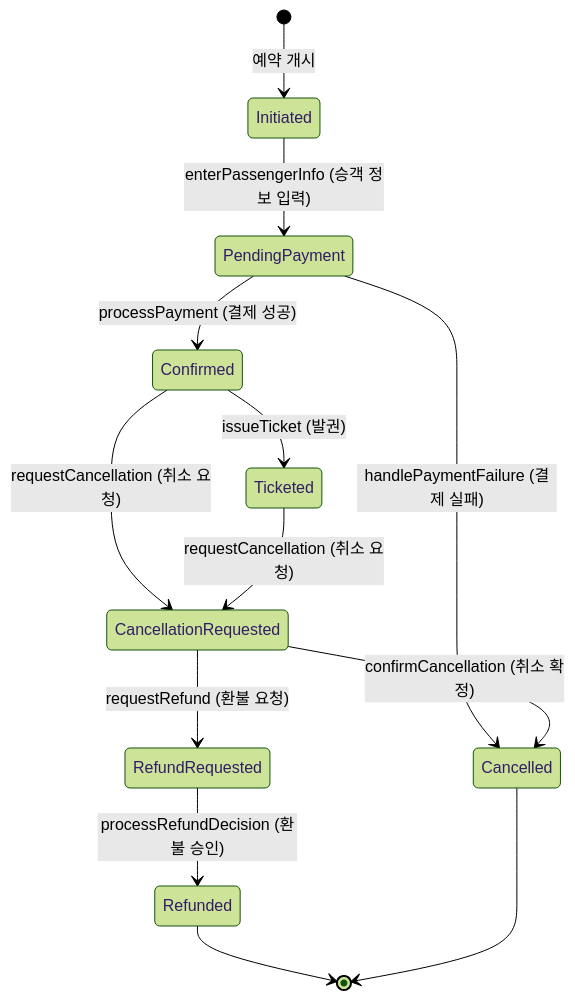
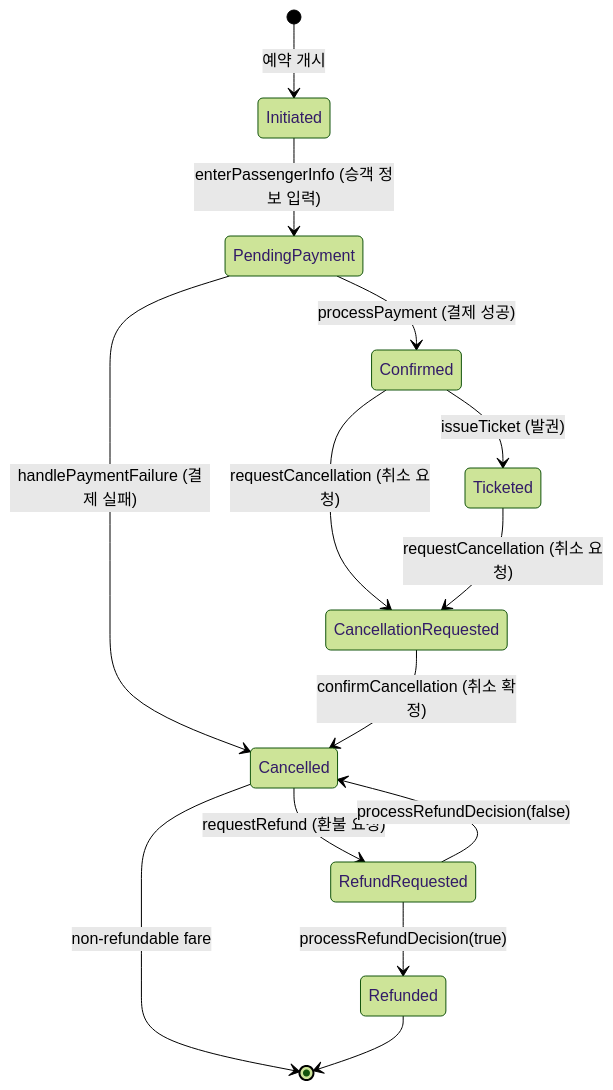
Before and after one commit to HANDONGLJH/KoreanAirReservationDomain: the fifth of 5 diagrams in docs/proposal-0/proposal-0-feature-inventory-ko.md, drawn with Mermaid (forest theme). The commit also changed other lines of this file, not shown here.

Commit message:
docs(proposal-0/ko): move iteration inventories into roadmap

````diff
--- a/docs/proposal-0/proposal-0-feature-inventory-ko.md
+++ b/docs/proposal-0/proposal-0-feature-inventory-ko.md
@@ -583,15 +651,16 @@
 ```mermaid
 stateDiagram-v2
     [*] --> Initiated : 예약 개시
     Initiated --> PendingPayment : enterPassengerInfo (승객 정보 입력)
     PendingPayment --> Confirmed : processPayment (결제 성공)
     PendingPayment --> Cancelled : handlePaymentFailure (결제 실패)
     Confirmed --> Ticketed : issueTicket (발권)
     Confirmed --> CancellationRequested : requestCancellation (취소 요청)
     Ticketed --> CancellationRequested : requestCancellation (취소 요청)
     CancellationRequested --> Cancelled : confirmCancellation (취소 확정)
-    CancellationRequested --> RefundRequested : requestRefund (환불 요청)
-    RefundRequested --> Refunded : processRefundDecision (환불 승인)
+    Cancelled --> RefundRequested : requestRefund (환불 요청)
+    Cancelled --> [*] : non-refundable fare
+    RefundRequested --> Refunded : processRefundDecision(true)
+    RefundRequested --> Cancelled : processRefundDecision(false)
     Refunded --> [*]
-    Cancelled --> [*]
 ```
````
